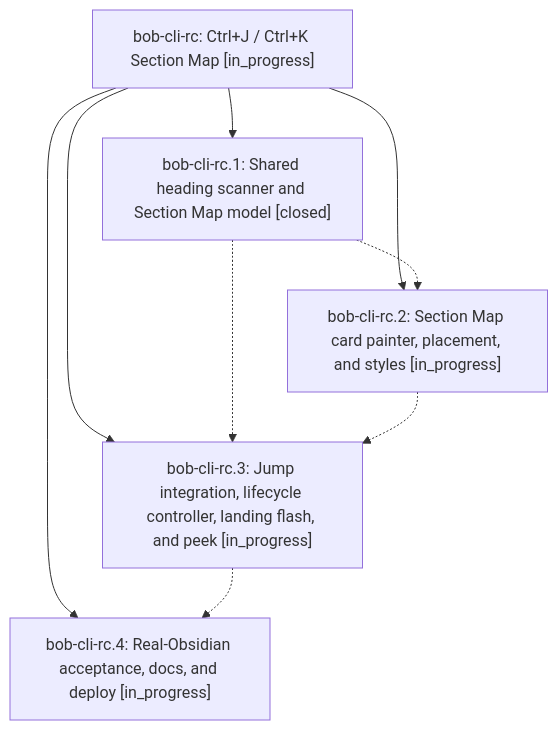
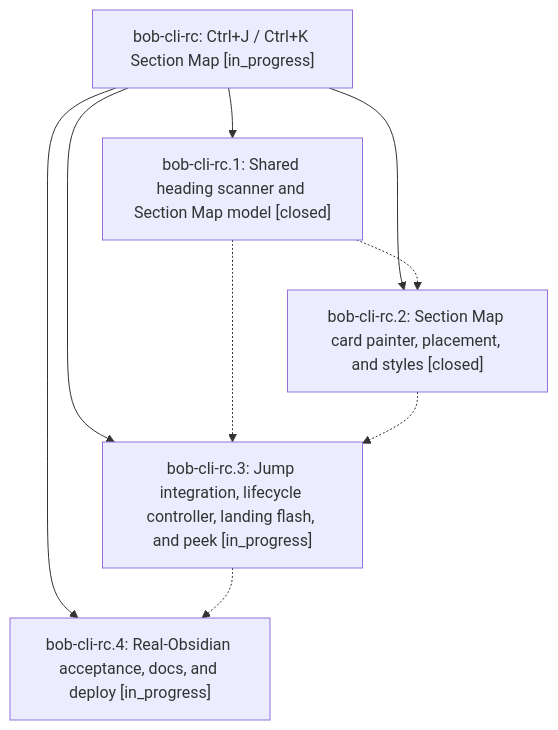
One commit to bobs-org/bob-cli--beads changed the diagram in pages/bob-cli-rc/README.md. Above: the diagram before and after it, drawn with Mermaid. The commit also changed other lines of this file and 3 other files, not shown here.

First line of the commit message:
chore(beads): sync bead state and pages for bob-cli-rc

````diff
--- a/pages/bob-cli-rc/README.md
+++ b/pages/bob-cli-rc/README.md
@@ -25,16 +37,16 @@
 ```mermaid
 flowchart TD
     n0["bob-cli-rc: Ctrl+J / Ctrl+K Section Map [in_progress]"]
     n1["bob-cli-rc.1: Shared heading scanner and Section Map model [closed]"]
-    n2["bob-cli-rc.2: Section Map card painter, placement, and styles [in_progress]"]
+    n2["bob-cli-rc.2: Section Map card painter, placement, and styles [closed]"]
     n3["bob-cli-rc.3: Jump integration, lifecycle controller, landing flash, and peek [in_progress]"]
     n4["bob-cli-rc.4: Real-Obsidian acceptance, docs, and deploy [in_progress]"]
     n0 --> n1
     n0 --> n2
     n0 --> n3
     n0 --> n4
     n1 -.-> n2
     n1 -.-> n3
     n2 -.-> n3
     n3 -.-> n4
 ```
````
